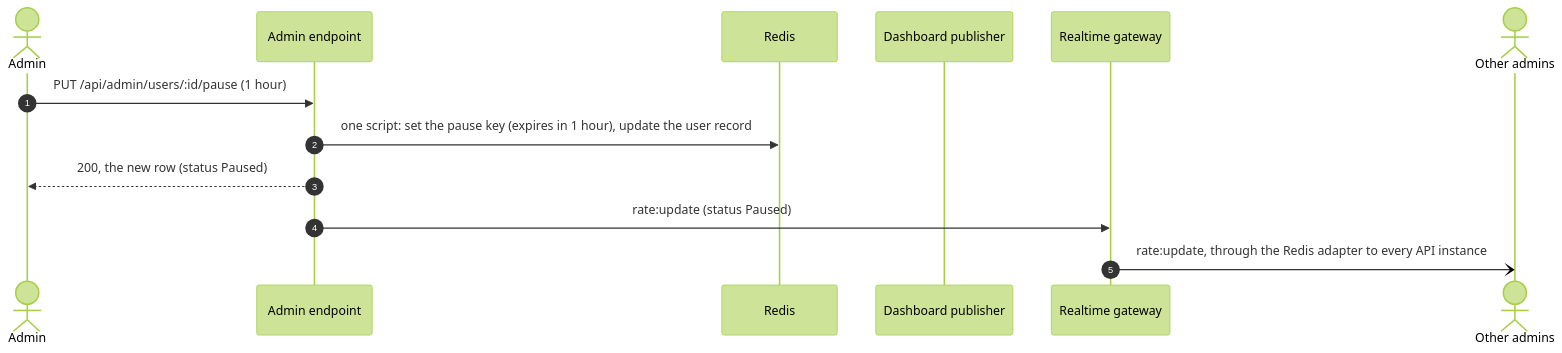
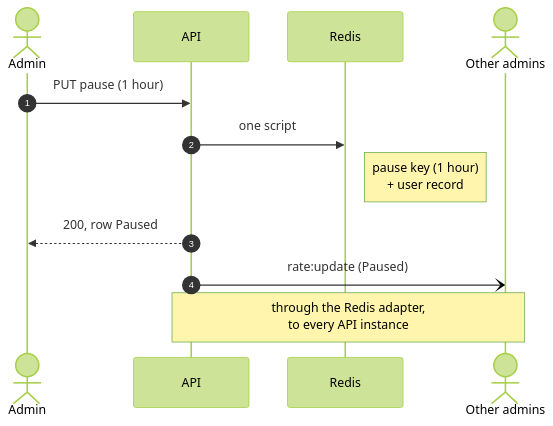
One commit to nitzanto/ratewatch changed the sixth of 7 diagrams in apps/docs/src/content/docs/architecture/hld.md. Above: the diagram before and after it, drawn with Mermaid (forest theme). The commit also changed other lines of this file and 260 other files, not shown here.

````diff
--- a/apps/docs/src/content/docs/architecture/hld.md
+++ b/apps/docs/src/content/docs/architecture/hld.md
@@ -204,15 +212,14 @@
 ```mermaid
 sequenceDiagram
   autonumber
   actor A as Admin
-  participant H as Admin endpoint
+  participant H as API
   participant R as Redis
-  participant P as Dashboard publisher
-  participant S as Realtime gateway
   actor B as Other admins
-  A->>H: PUT /api/admin/users/:id/pause (1 hour)
-  H->>R: one script: set the pause key (expires in 1 hour), update the user record
-  H-->>A: 200, the new row (status Paused)
-  H->>S: rate:update (status Paused)
-  S-)B: rate:update, through the Redis adapter to every API instance
+  A->>H: PUT pause (1 hour)
+  H->>R: one script
+  Note right of R: pause key (1 hour)<br/>+ user record
+  H-->>A: 200, row Paused
+  H-)B: rate:update (Paused)
+  Note over H,B: through the Redis adapter,<br/>to every API instance
 ```
````
